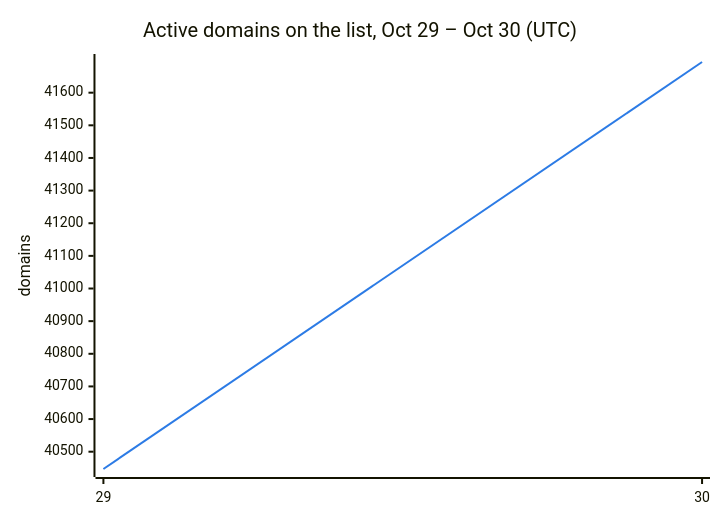
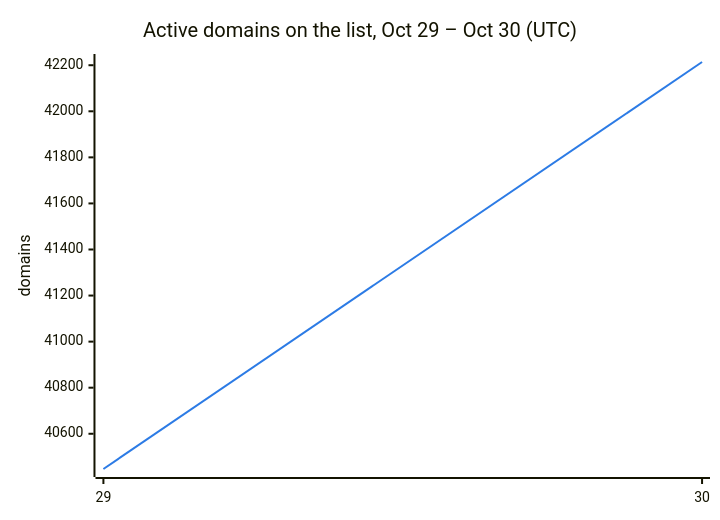
Before and after one commit to DNSBunker/CTI: the second of 3 diagrams in README.md, drawn with Mermaid. The commit also changed other lines of this file and 3 other files, not shown here.

````diff
--- a/README.md
+++ b/README.md
@@ -38,8 +38,8 @@
 ```mermaid
 %%{init: {"themeVariables": {"xyChart": {"plotColorPalette": "#2c7be5"}}}}%%
 xychart-beta
     title "Active domains on the list, Oct 29 – Oct 30 (UTC)"
     x-axis ["29", "30"]
     y-axis "domains"
-    line [40447, 41694]
+    line [40447, 42214]
 ```
````
